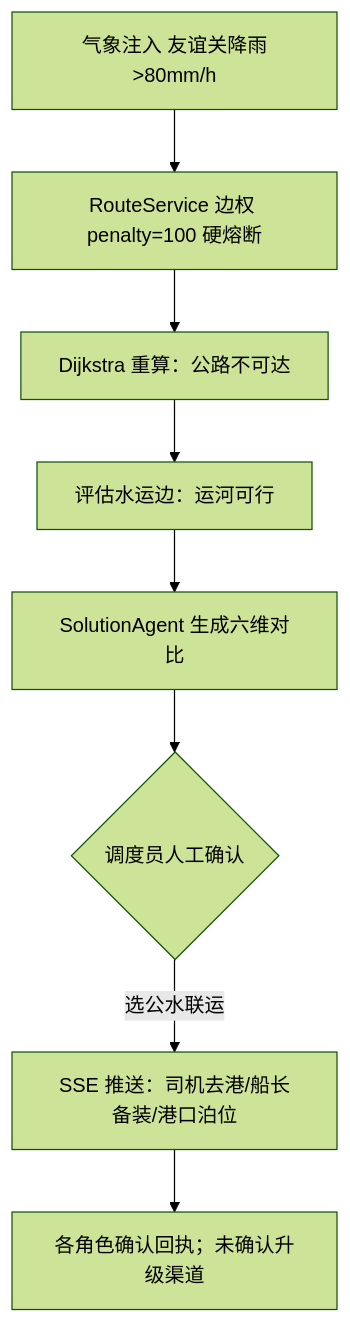
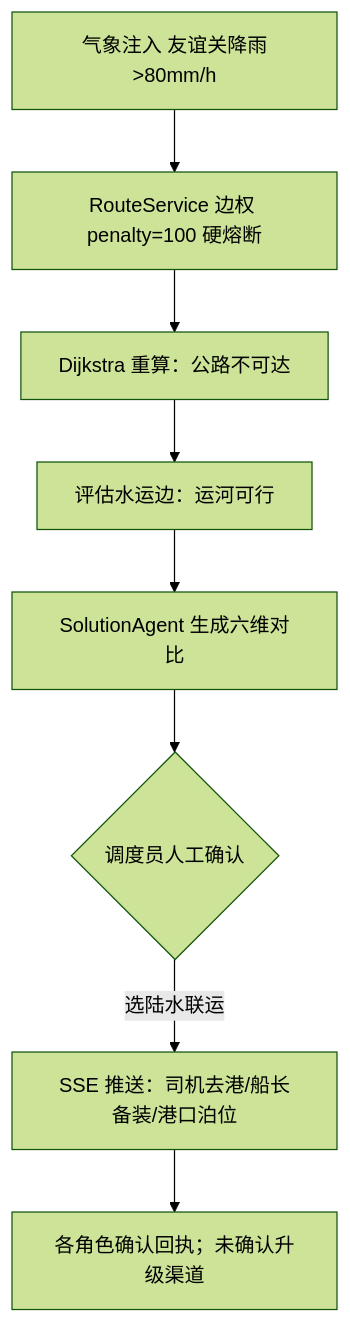
The first of 2 diagrams in 交付材料/03-服务蓝图与交互流程.md (zhige12/asean-weather-logistics), drawn with Mermaid (forest theme) before and after one commit. The commit also changed other lines of this file and 85 other files, not shown here.

````diff
--- a/交付材料/03-服务蓝图与交互流程.md
+++ b/交付材料/03-服务蓝图与交互流程.md
@@ -59,10 +59,10 @@
 ```mermaid
 flowchart TD
     A[气象注入 友谊关降雨>80mm/h] --> B[RouteService 边权 penalty=100 硬熔断]
     B --> C[Dijkstra 重算：公路不可达]
     C --> D[评估水运边：运河可行]
     D --> E[SolutionAgent 生成六维对比]
     E --> F{调度员人工确认}
-    F -->|选公水联运| G[SSE 推送：司机去港/船长备装/港口泊位]
+    F -->|选陆水联运| G[SSE 推送：司机去港/船长备装/港口泊位]
     G --> H[各角色确认回执；未确认升级渠道]
 ```
````
